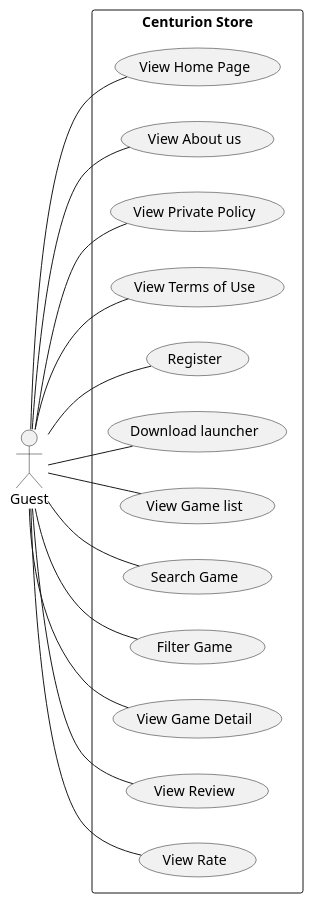
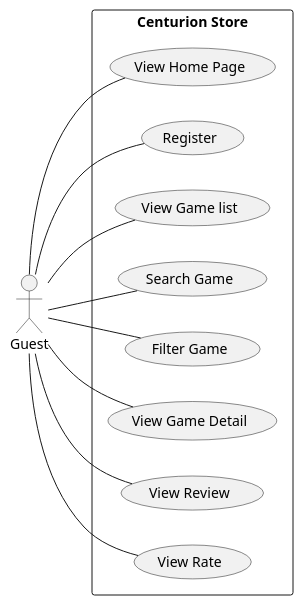
One commit to PhanNTSon/prm_project changed the seventh of 11 diagrams in reports/diagrams.md. Above: the diagram before and after it, drawn with PlantUML. The commit also changed other lines of this file and 1 other file, not shown here.

````diff
--- a/reports/diagrams.md
+++ b/reports/diagrams.md
@@ -281,35 +277,27 @@
 ```plantuml
 @startuml
 left to right direction
 skinparam packageStyle rectangle
 actor Guest
 
 rectangle "Centurion Store" {
   usecase "View Home Page" as UC1
-  usecase "View About us" as UC2
-  usecase "View Private Policy" as UC3
-  usecase "View Terms of Use" as UC4
   usecase "Register" as UC5
-  usecase "Download launcher" as UC6
   usecase "View Game list" as UC7
   usecase "Search Game" as UC8
   usecase "Filter Game" as UC9
   usecase "View Game Detail" as UC10
   usecase "View Review" as UC11
   usecase "View Rate" as UC12
 }
 
 Guest -- UC1
-Guest -- UC2
-Guest -- UC3
-Guest -- UC4
 Guest -- UC5
-Guest -- UC6
 Guest -- UC7
 Guest -- UC8
 Guest -- UC9
 Guest -- UC10
 Guest -- UC11
 Guest -- UC12
 @enduml
 ```
````
